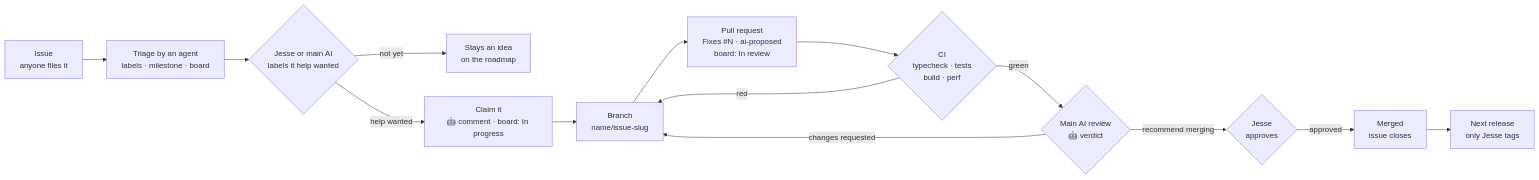
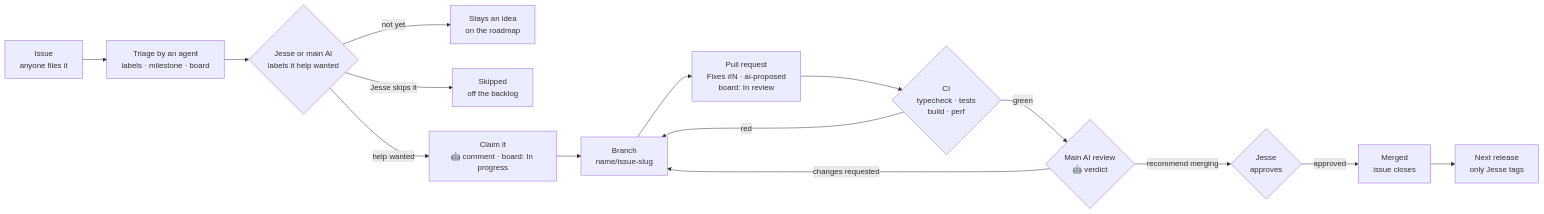
The diagram in CONTRIBUTING.md (Cyanida/last-bastion), drawn with Mermaid before and after one commit. The commit also changed 2 other files, not shown here.

Commit message:
Board: the Skipped status for issues Jesse skips or won't do
AGENTS.md: only Jesse skips, and the main AI sets Skipped on his word; CONTRIBUTING's diagram gains the branch; board.mjs lists the status.

````diff
--- a/CONTRIBUTING.md
+++ b/CONTRIBUTING.md
@@ -43,16 +43,17 @@
 ```mermaid
 flowchart LR
   I[Issue<br/>anyone files it] --> T[Triage by an agent<br/>labels · milestone · board]
   T --> H{Jesse or main AI<br/>labels it help wanted}
   H -- not yet --> W[Stays an idea<br/>on the roadmap]
+  H -- Jesse skips it --> X[Skipped<br/>off the backlog]
   H -- help wanted --> C[Claim it<br/>🤖 comment · board: In progress]
   C --> B[Branch<br/>name/issue-slug]
   B --> P[Pull request<br/>Fixes #N · ai-proposed<br/>board: In review]
   P --> CI{CI<br/>typecheck · tests<br/>build · perf}
   CI -- red --> B
   CI -- green --> R{Main AI review<br/>🤖 verdict}
   R -- changes requested --> B
   R -- recommend merging --> A{Jesse<br/>approves}
   A -- approved --> M[Merged<br/>issue closes]
   M --> S[Next release<br/>only Jesse tags]
 ```
````
